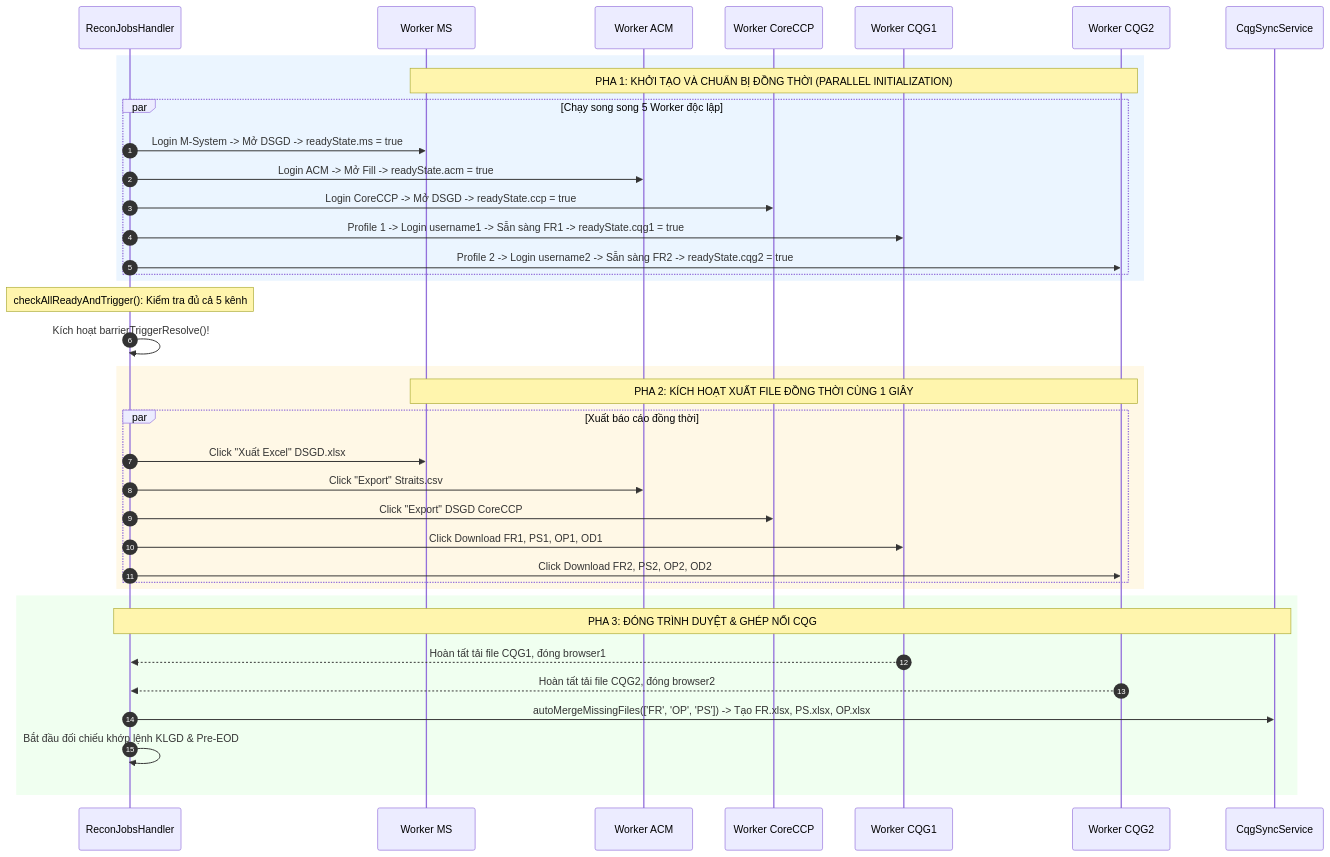
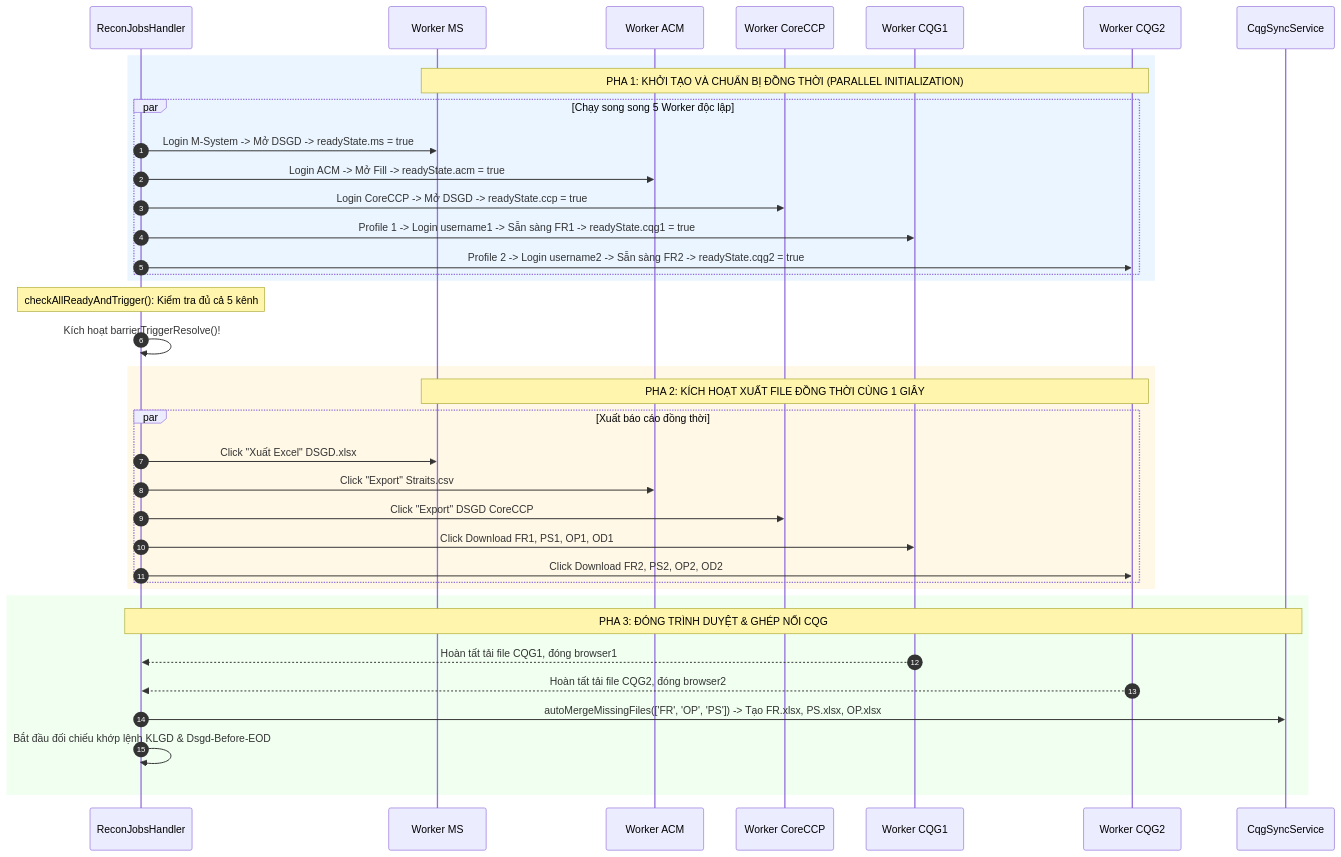
The diagram in backend/docs/THIET_KE_TRIEN_KHAI_TAI_SONG_SONG_CQG.md (broly1009a/mxv-shift-checklist), drawn with Mermaid before and after one commit. The commit also changed other lines of this file and 165 other files, not shown here.

````diff
--- a/backend/docs/THIET_KE_TRIEN_KHAI_TAI_SONG_SONG_CQG.md
+++ b/backend/docs/THIET_KE_TRIEN_KHAI_TAI_SONG_SONG_CQG.md
@@ -90,44 +97,44 @@
 ```mermaid
 sequenceDiagram
     autonumber
     participant Job as ReconJobsHandler
     participant MS as Worker MS
     participant ACM as Worker ACM
     participant CCP as Worker CoreCCP
     participant CQG1 as Worker CQG1
     participant CQG2 as Worker CQG2
     participant Sync as CqgSyncService
 
     rect rgb(235, 245, 255)
     Note over MS,CQG2: PHA 1: KHỞI TẠO VÀ CHUẨN BỊ ĐỒNG THỜI (PARALLEL INITIALIZATION)
     Par Chạy song song 5 Worker độc lập
         Job->>MS: Login M-System -> Mở DSGD -> readyState.ms = true
         Job->>ACM: Login ACM -> Mở Fill -> readyState.acm = true
         Job->>CCP: Login CoreCCP -> Mở DSGD -> readyState.ccp = true
         Job->>CQG1: Profile 1 -> Login username1 -> Sẵn sàng FR1 -> readyState.cqg1 = true
         Job->>CQG2: Profile 2 -> Login username2 -> Sẵn sàng FR2 -> readyState.cqg2 = true
     end
     end
 
     Note over Job: checkAllReadyAndTrigger(): Kiểm tra đủ cả 5 kênh
     Job->>Job: Kích hoạt barrierTriggerResolve()!
 
     rect rgb(255, 248, 230)
     Note over MS,CQG2: PHA 2: KÍCH HOẠT XUẤT FILE ĐỒNG THỜI CÙNG 1 GIÂY
     Par Xuất báo cáo đồng thời
         Job->>MS: Click "Xuất Excel" DSGD.xlsx
         Job->>ACM: Click "Export" Straits.csv
         Job->>CCP: Click "Export" DSGD CoreCCP
         Job->>CQG1: Click Download FR1, PS1, OP1, OD1
         Job->>CQG2: Click Download FR2, PS2, OP2, OD2
     end
     end
 
     rect rgb(240, 255, 240)
     Note over Job,Sync: PHA 3: ĐÓNG TRÌNH DUYỆT & GHÉP NỐI CQG
     CQG1-->>Job: Hoàn tất tải file CQG1, đóng browser1
     CQG2-->>Job: Hoàn tất tải file CQG2, đóng browser2
     Job->>Sync: autoMergeMissingFiles(['FR', 'OP', 'PS']) -> Tạo FR.xlsx, PS.xlsx, OP.xlsx
-    Job->>Job: Bắt đầu đối chiếu khớp lệnh KLGD & Pre-EOD
+    Job->>Job: Bắt đầu đối chiếu khớp lệnh KLGD & Dsgd-Before-EOD
     end
 ```
````
